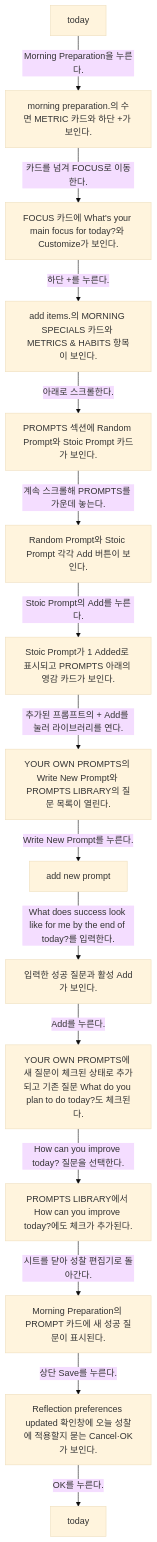
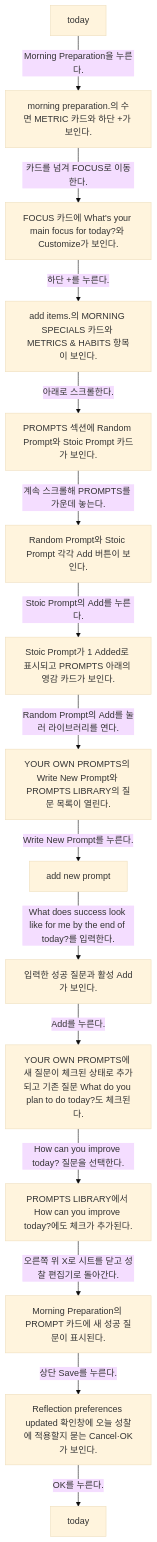
One commit to Dev-Corgi/Stoic-Build-Clone-Test changed the diagram in docs/Stoic/flows/adding-prompts-to-daily-reflections-from-today-982d4e6c/README.md. Above: the diagram before and after it, drawn with Mermaid (base theme). The commit also changed other lines of this file and 23 other files, not shown here.

Commit message:
docs: verify Stoic flows with user-confirmed transitions

````diff
--- a/docs/Stoic/flows/adding-prompts-to-daily-reflections-from-today-982d4e6c/README.md
+++ b/docs/Stoic/flows/adding-prompts-to-daily-reflections-from-today-982d4e6c/README.md
@@ -8,32 +8,32 @@
 ```mermaid
 flowchart TD
   S1["today"]
   S1 -->|Morning Preparation을 누른다.| S2
   S2["morning preparation.의 수면 METRIC 카드와 하단 +가 보인다."]
   S2 -->|카드를 넘겨 FOCUS로 이동한다.| S3
   S3["FOCUS 카드에 What's your main focus for today?와 Customize가 보인다."]
   S3 -->|하단 +를 누른다.| S4
   S4["add items.의 MORNING SPECIALS 카드와 METRICS & HABITS 항목이 보인다."]
   S4 -->|아래로 스크롤한다.| S5
   S5["PROMPTS 섹션에 Random Prompt와 Stoic Prompt 카드가 보인다."]
   S5 -->|계속 스크롤해 PROMPTS를 가운데 놓는다.| S6
   S6["Random Prompt와 Stoic Prompt 각각 Add 버튼이 보인다."]
   S6 -->|Stoic Prompt의 Add를 누른다.| S7
   S7["Stoic Prompt가 1 Added로 표시되고 PROMPTS 아래의 영감 카드가 보인다."]
-  S7 -->|추가된 프롬프트의 + Add를 눌러 라이브러리를 연다.| S8
+  S7 -->|Random Prompt의 Add를 눌러 라이브러리를 연다.| S8
   S8["YOUR OWN PROMPTS의 Write New Prompt와 PROMPTS LIBRARY의 질문 목록이 열린다."]
   S8 -->|Write New Prompt를 누른다.| S9
   S9["add new prompt"]
   S9 -->|What does success look like for me by the end of today?를 입력한다.| S10
   S10["입력한 성공 질문과 활성 Add가 보인다."]
   S10 -->|Add를 누른다.| S11
   S11["YOUR OWN PROMPTS에 새 질문이 체크된 상태로 추가되고 기존 질문 What do you plan to do today?도 체크된다."]
   S11 -->|How can you improve today? 질문을 선택한다.| S12
   S12["PROMPTS LIBRARY에서 How can you improve today?에도 체크가 추가된다."]
-  S12 -->|시트를 닫아 성찰 편집기로 돌아간다.| S13
+  S12 -->|오른쪽 위 X로 시트를 닫고 성찰 편집기로 돌아간다.| S13
   S13["Morning Preparation의 PROMPT 카드에 새 성공 질문이 표시된다."]
   S13 -->|상단 Save를 누른다.| S14
   S14["Reflection preferences updated 확인창에 오늘 성찰에 적용할지 묻는 Cancel·OK가 보인다."]
   S14 -->|OK를 누른다.| S15
   S15["today"]
 ```
````
